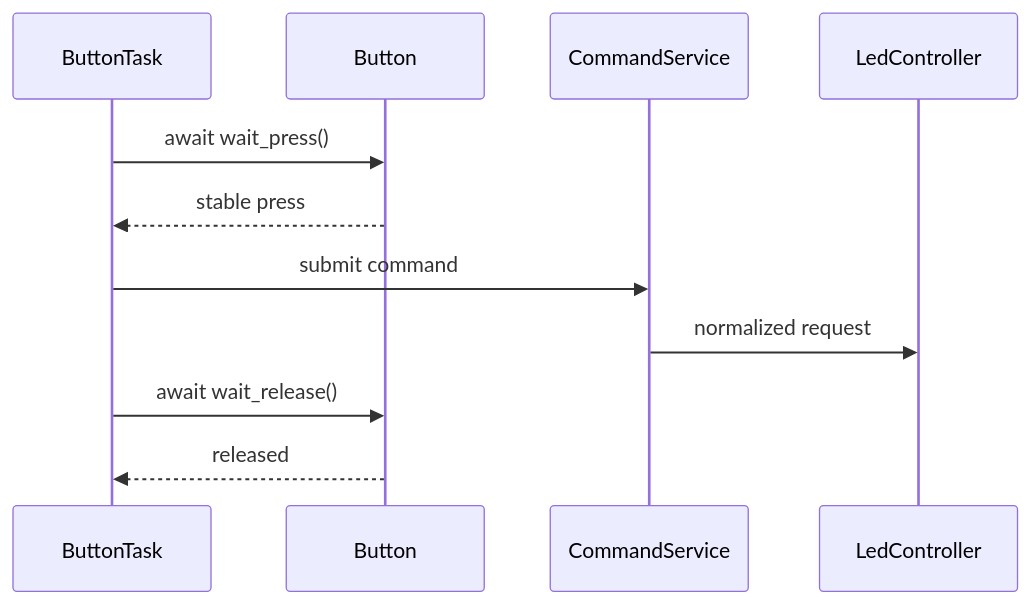
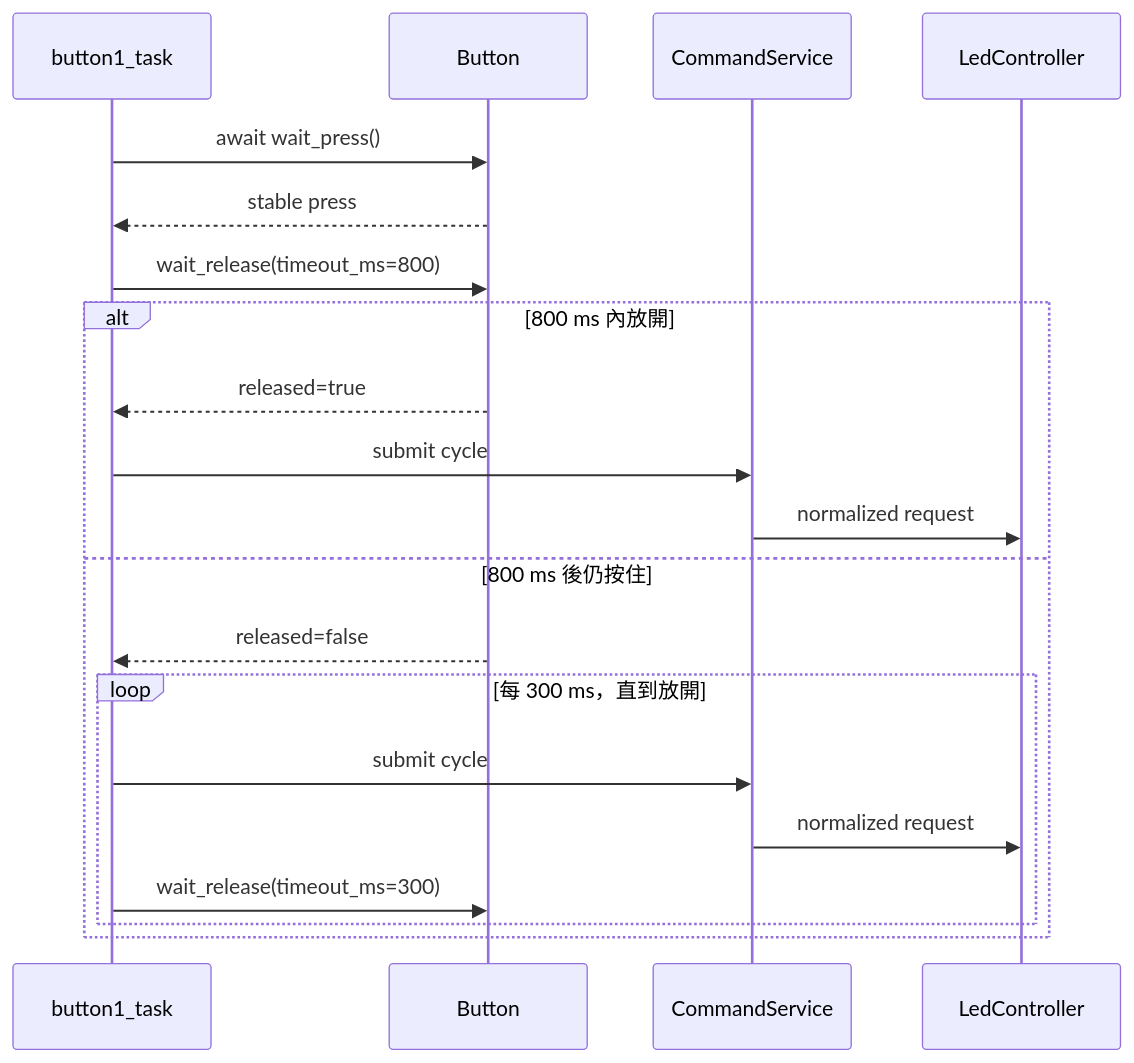
One commit to change918418-tech/IoT_Course changed the third of 7 diagrams in UASYNCIO_LECTURE.md. Above: the diagram before and after it, drawn with Mermaid. The commit also changed other lines of this file and 15 other files, not shown here.

````diff
--- a/UASYNCIO_LECTURE.md
+++ b/UASYNCIO_LECTURE.md
@@ -599,13 +605,22 @@
 ```mermaid
 sequenceDiagram
-    participant ButtonTask as ButtonTask
+    participant ButtonTask as button1_task
     participant Driver as Button
     participant Command as CommandService
     participant Owner as LedController
     ButtonTask->>Driver: await wait_press()
     Driver-->>ButtonTask: stable press
-    ButtonTask->>Command: submit command
-    Command->>Owner: normalized request
-    ButtonTask->>Driver: await wait_release()
-    Driver-->>ButtonTask: released
+    ButtonTask->>Driver: wait_release(timeout_ms=800)
+    alt 800 ms 內放開
+        Driver-->>ButtonTask: released=true
+        ButtonTask->>Command: submit cycle
+        Command->>Owner: normalized request
+    else 800 ms 後仍按住
+        Driver-->>ButtonTask: released=false
+        loop 每 300 ms，直到放開
+            ButtonTask->>Command: submit cycle
+            Command->>Owner: normalized request
+            ButtonTask->>Driver: wait_release(timeout_ms=300)
+        end
+    end
 ```
````
